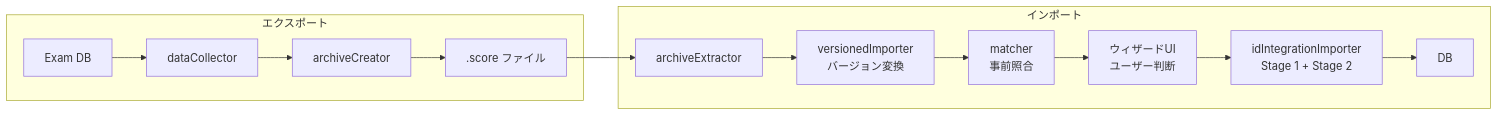
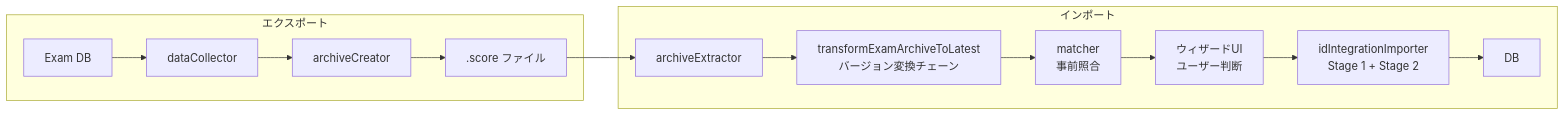
The first of 8 diagrams in docs/import-export-architecture.md (KeppyNaushika/score-at-once-electron), drawn with Mermaid before and after one commit. The commit also changed other lines of this file and 42 other files, not shown here.

````diff
--- a/docs/import-export-architecture.md
+++ b/docs/import-export-architecture.md
@@ -28,17 +28,17 @@
 ```mermaid
 flowchart LR
     subgraph エクスポート
         A[Exam DB] --> B[dataCollector]
         B --> C[archiveCreator]
         C --> D[".score ファイル"]
     end
 
     subgraph インポート
         D --> E[archiveExtractor]
-        E --> F[versionedImporter<br/>バージョン変換]
+        E --> F[transformExamArchiveToLatest<br/>バージョン変換チェーン]
         F --> G[matcher<br/>事前照合]
         G --> H[ウィザードUI<br/>ユーザー判断]
         H --> I[idIntegrationImporter<br/>Stage 1 + Stage 2]
         I --> J[DB]
     end
 ```
````
